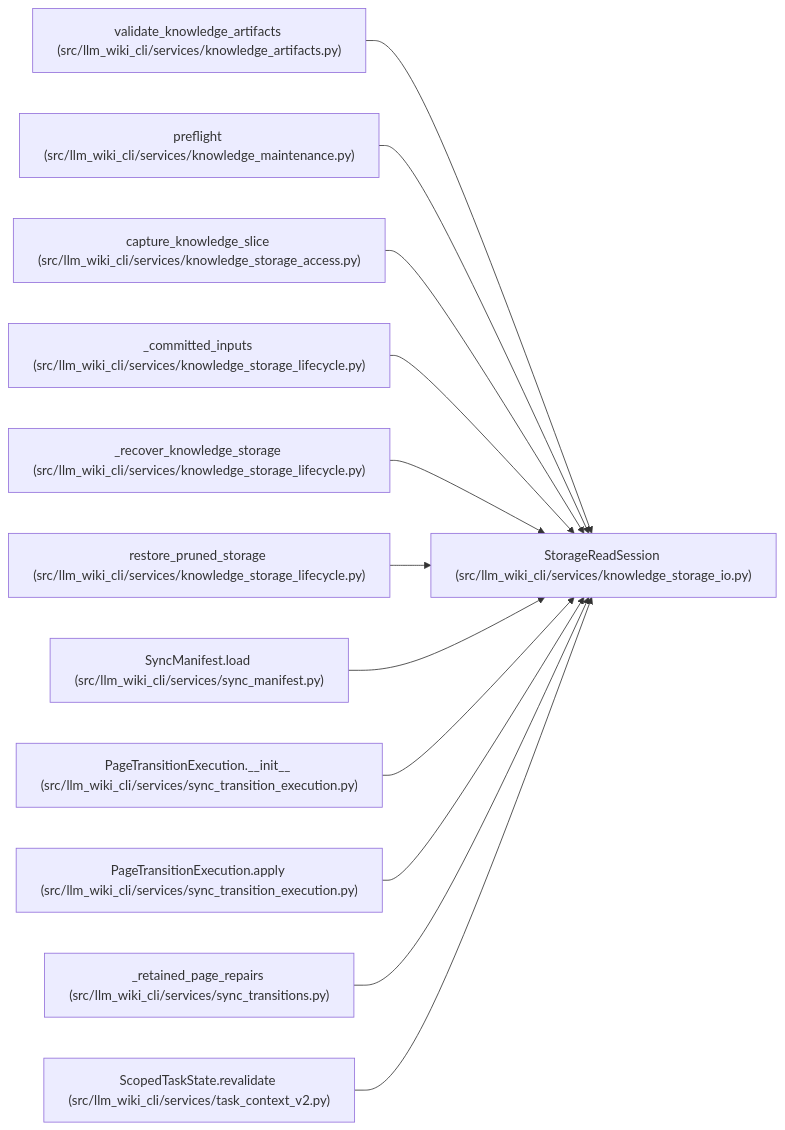
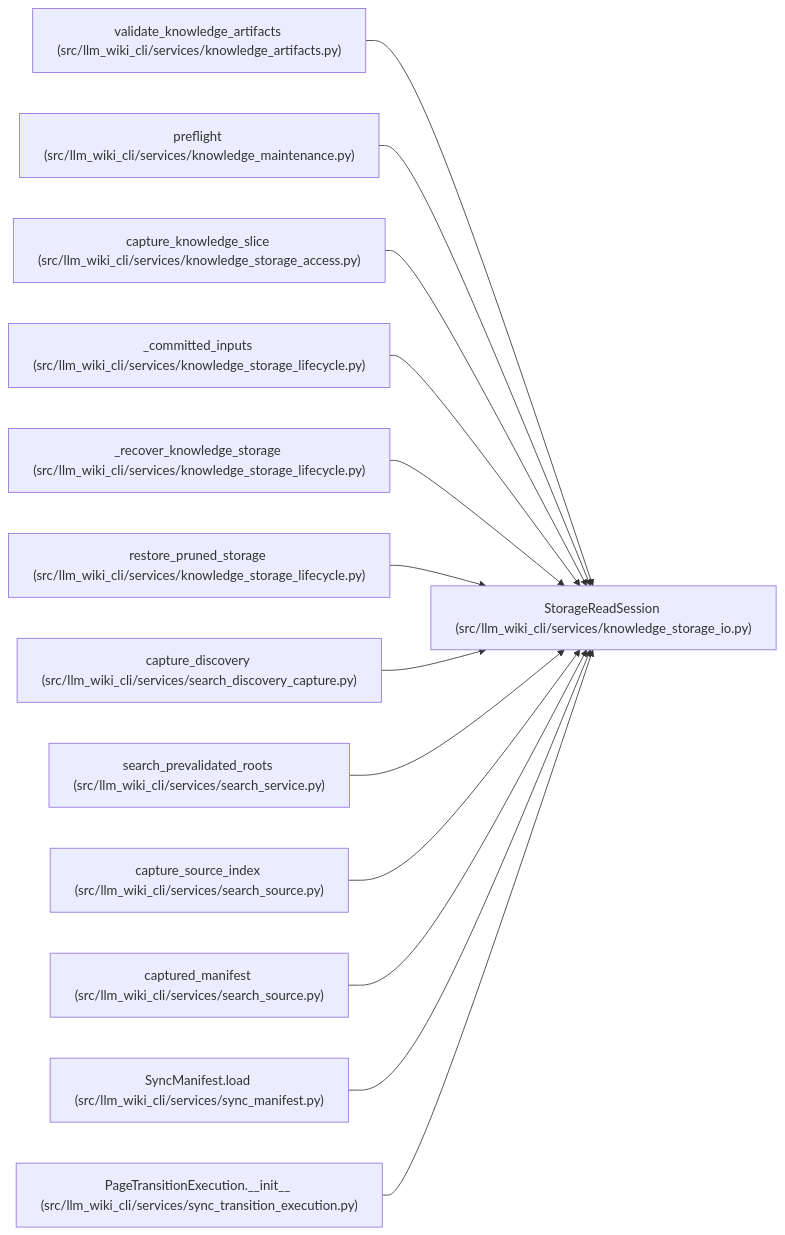
One commit to Denissvgn/python-wiki-llm changed the diagram in docs/llm_wiki/entities/StorageReadSession.md. Above: the diagram before and after it, drawn with Mermaid. The commit also changed other lines of this file and 450 other files, not shown here.

Commit message:
Refresh maintained wiki from qualified source and workflow guidance

````diff
--- a/docs/llm_wiki/entities/StorageReadSession.md
+++ b/docs/llm_wiki/entities/StorageReadSession.md
@@ -34,38 +34,41 @@
 ```mermaid
 flowchart LR
     n0["StorageReadSession (src/llm_wiki_cli/services/knowledge_storage_io.py)"]
     n1["validate_knowledge_artifacts (src/llm_wiki_cli/services/knowledge_artifacts.py)"]
     n2["preflight (src/llm_wiki_cli/services/knowledge_maintenance.py)"]
     n3["capture_knowledge_slice (src/llm_wiki_cli/services/knowledge_storage_access.py)"]
     n4["_committed_inputs (src/llm_wiki_cli/services/knowledge_storage_lifecycle.py)"]
     n5["_recover_knowledge_storage (src/llm_wiki_cli/services/knowledge_storage_lifecycle.py)"]
     n6["restore_pruned_storage (src/llm_wiki_cli/services/knowledge_storage_lifecycle.py)"]
-    n7["SyncManifest.load (src/llm_wiki_cli/services/sync_manifest.py)"]
-    n8["PageTransitionExecution.__init__ (src/llm_wiki_cli/services/sync_transition_execution.py)"]
-    n9["PageTransitionExecution.apply (src/llm_wiki_cli/services/sync_transition_execution.py)"]
-    n10["_retained_page_repairs (src/llm_wiki_cli/services/sync_transitions.py)"]
-    n11["ScopedTaskState.revalidate (src/llm_wiki_cli/services/task_context_v2.py)"]
+    n7["capture_discovery (src/llm_wiki_cli/services/search_discovery_capture.py)"]
+    n8["search_prevalidated_roots (src/llm_wiki_cli/services/search_service.py)"]
+    n9["capture_source_index (src/llm_wiki_cli/services/search_source.py)"]
+    n10["captured_manifest (src/llm_wiki_cli/services/search_source.py)"]
+    n11["SyncManifest.load (src/llm_wiki_cli/services/sync_manifest.py)"]
+    n12["PageTransitionExecution.__init__ (src/llm_wiki_cli/services/sync_transition_execution.py)"]
     n1 --> n0
     n2 --> n0
     n3 --> n0
     n4 --> n0
     n5 --> n0
     n6 --> n0
     n7 --> n0
     n8 --> n0
     n9 --> n0
     n10 --> n0
     n11 --> n0
+    n12 --> n0
     click n0 "../modules/knowledge_storage_io.md"
     click n1 "../modules/knowledge_artifacts.md"
     click n2 "../modules/knowledge_maintenance.md"
     click n3 "../modules/knowledge_storage_access.md"
     click n4 "../modules/knowledge_storage_lifecycle.md"
     click n5 "../modules/knowledge_storage_lifecycle.md"
     click n6 "../modules/knowledge_storage_lifecycle.md"
-    click n7 "../modules/sync_manifest.md"
-    click n8 "../modules/sync_transition_execution.md"
-    click n9 "../modules/sync_transition_execution.md"
-    click n10 "../modules/sync_transitions.md"
-    click n11 "../modules/task_context_v2.md"
+    click n7 "../modules/search_discovery_capture.md"
+    click n8 "../modules/search_service.md"
+    click n9 "../modules/search_source.md"
+    click n10 "../modules/search_source.md"
+    click n11 "../modules/sync_manifest.md"
+    click n12 "../modules/sync_transition_execution.md"
 ```
````
